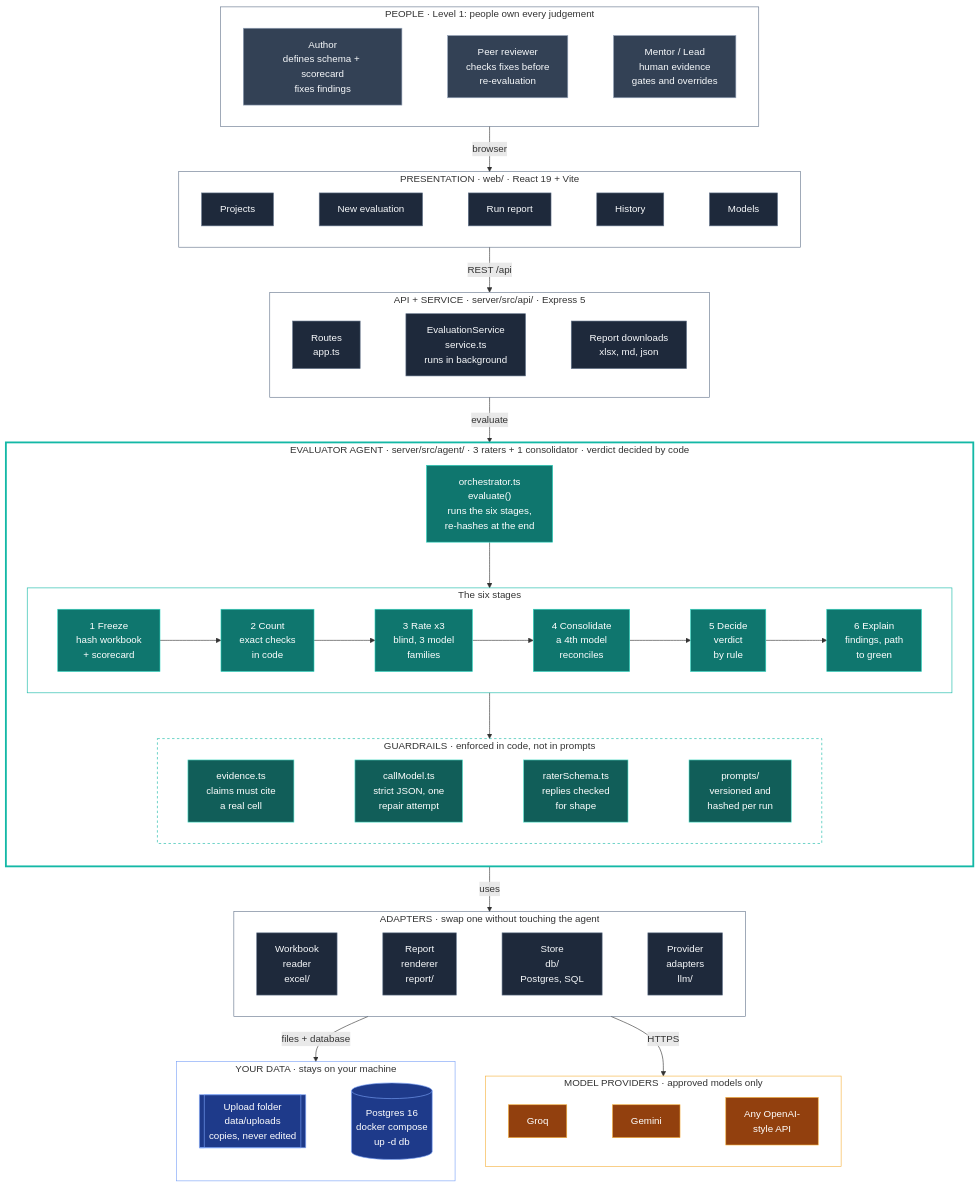
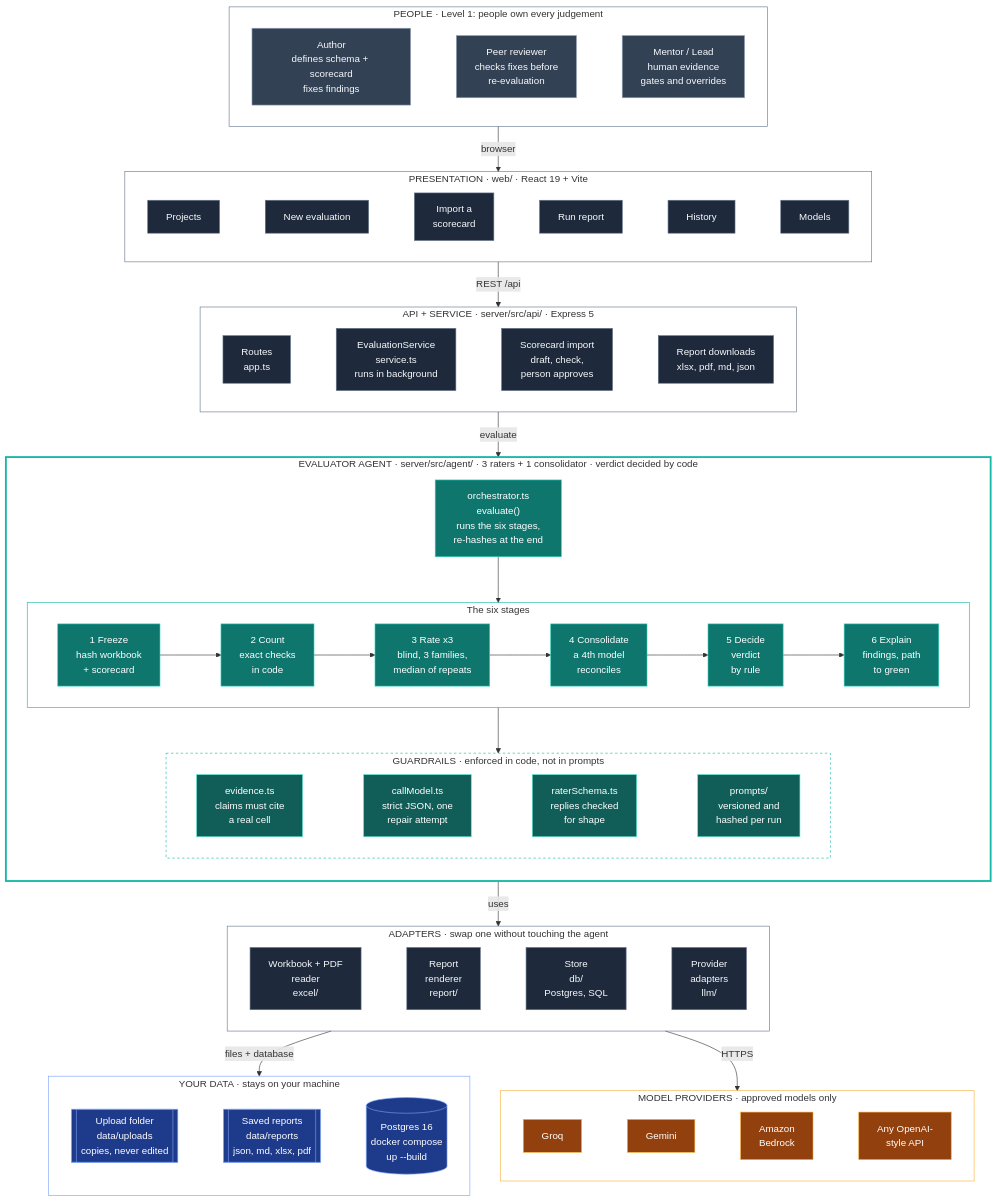
The diagram in README.md (Ishaan488/ddd-evaluator), drawn with Mermaid before and after one commit. The commit also changed other lines of this file and 78 other files, not shown here.

````diff
--- a/README.md
+++ b/README.md
@@ -40,79 +41,79 @@
 ```mermaid
 %% source: docs/diagrams/00-architecture.mmd
 flowchart TB
   subgraph PEOPLE["PEOPLE · Level 1: people own every judgement"]
     direction LR
     AU["Author<br/>defines schema + scorecard<br/>fixes findings"] ~~~ PR["Peer reviewer<br/>checks fixes before<br/>re-evaluation"] ~~~ ME["Mentor / Lead<br/>human evidence<br/>gates and overrides"]
   end
 
   subgraph WEB["PRESENTATION · web/ · React 19 + Vite"]
     direction LR
-    P1["Projects"] ~~~ P2["New evaluation"] ~~~ P3["Run report"] ~~~ P4["History"] ~~~ P5["Models"]
+    P1["Projects"] ~~~ P2["New evaluation"] ~~~ P6["Import a<br/>scorecard"] ~~~ P3["Run report"] ~~~ P4["History"] ~~~ P5["Models"]
   end
 
   subgraph API["API + SERVICE · server/src/api/ · Express 5"]
     direction LR
-    RT["Routes<br/>app.ts"] ~~~ SV["EvaluationService<br/>service.ts<br/>runs in background"] ~~~ DL["Report downloads<br/>xlsx, md, json"]
+    RT["Routes<br/>app.ts"] ~~~ SV["EvaluationService<br/>service.ts<br/>runs in background"] ~~~ SI["Scorecard import<br/>draft, check,<br/>person approves"] ~~~ DL["Report downloads<br/>xlsx, pdf, md, json"]
   end
 
   subgraph AGENT["EVALUATOR AGENT · server/src/agent/ · 3 raters + 1 consolidator · verdict decided by code"]
     direction TB
     ORCH["orchestrator.ts<br/>evaluate()<br/>runs the six stages,<br/>re-hashes at the end"]
 
     subgraph STAGES["The six stages"]
       direction LR
-      S1["1 Freeze<br/>hash workbook<br/>+ scorecard"] --> S2["2 Count<br/>exact checks<br/>in code"] --> S3["3 Rate x3<br/>blind, 3 model<br/>families"] --> S4["4 Consolidate<br/>a 4th model<br/>reconciles"] --> S5["5 Decide<br/>verdict<br/>by rule"] --> S6["6 Explain<br/>findings, path<br/>to green"]
+      S1["1 Freeze<br/>hash workbook<br/>+ scorecard"] --> S2["2 Count<br/>exact checks<br/>in code"] --> S3["3 Rate x3<br/>blind, 3 families,<br/>median of repeats"] --> S4["4 Consolidate<br/>a 4th model<br/>reconciles"] --> S5["5 Decide<br/>verdict<br/>by rule"] --> S6["6 Explain<br/>findings, path<br/>to green"]
     end
 
     subgraph GUARD["GUARDRAILS · enforced in code, not in prompts"]
       direction LR
       G1["evidence.ts<br/>claims must cite<br/>a real cell"] ~~~ G2["callModel.ts<br/>strict JSON, one<br/>repair attempt"] ~~~ G3["raterSchema.ts<br/>replies checked<br/>for shape"] ~~~ G4["prompts/<br/>versioned and<br/>hashed per run"]
     end
 
     ORCH --> STAGES --> GUARD
   end
 
   subgraph ADAPT["ADAPTERS · swap one without touching the agent"]
     direction LR
-    A1["Workbook<br/>reader<br/>excel/"] ~~~ A2["Report<br/>renderer<br/>report/"] ~~~ A3["Store<br/>db/<br/>Postgres, SQL"] ~~~ A4["Provider<br/>adapters<br/>llm/"]
+    A1["Workbook + PDF<br/>reader<br/>excel/"] ~~~ A2["Report<br/>renderer<br/>report/"] ~~~ A3["Store<br/>db/<br/>Postgres, SQL"] ~~~ A4["Provider<br/>adapters<br/>llm/"]
   end
 
   subgraph DATA["YOUR DATA · stays on your machine"]
     direction LR
-    UP[["Upload folder<br/>data/uploads<br/>copies, never edited"]] ~~~ PG[("Postgres 16<br/>docker compose<br/>up -d db")]
+    UP[["Upload folder<br/>data/uploads<br/>copies, never edited"]] ~~~ RP[["Saved reports<br/>data/reports<br/>json, md, xlsx, pdf"]] ~~~ PG[("Postgres 16<br/>docker compose<br/>up --build")]
   end
 
   subgraph MODELS["MODEL PROVIDERS · approved models only"]
     direction LR
-    GQ["Groq"] ~~~ GM["Gemini"] ~~~ OA["Any OpenAI-<br/>style API"]
+    GQ["Groq"] ~~~ GM["Gemini"] ~~~ BR["Amazon<br/>Bedrock"] ~~~ OA["Any OpenAI-<br/>style API"]
   end
 
   PEOPLE -->|browser| WEB
   WEB -->|REST /api| API
   API -->|evaluate| AGENT
   AGENT -->|uses| ADAPT
   ADAPT -->|files + database| DATA
   ADAPT -->|HTTPS| MODELS
 
   classDef person fill:#334155,stroke:#94a3b8,color:#f8fafc
   classDef ui fill:#1e293b,stroke:#64748b,color:#f8fafc
   classDef agent fill:#0f766e,stroke:#2dd4bf,color:#ffffff
   classDef guard fill:#115e59,stroke:#5eead4,color:#ffffff
   classDef store fill:#1e3a8a,stroke:#7aa2f7,color:#ffffff
   classDef ext fill:#92400e,stroke:#f5b13d,color:#ffffff
   class AU,PR,ME person
-  class P1,P2,P3,P4,P5,RT,SV,DL,A1,A2,A3,A4 ui
+  class P1,P2,P6,P3,P4,P5,RT,SV,SI,DL,A1,A2,A3,A4 ui
   class ORCH,S1,S2,S3,S4,S5,S6 agent
   class G1,G2,G3,G4 guard
-  class UP,PG store
-  class GQ,GM,OA ext
+  class UP,RP,PG store
+  class GQ,GM,BR,OA ext
   style AGENT fill:transparent,stroke:#14b8a6,stroke-width:3px
   style STAGES fill:transparent,stroke:#14b8a6
   style GUARD fill:transparent,stroke:#14b8a6,stroke-dasharray:4 4
   style PEOPLE fill:transparent,stroke:#64748b
   style WEB fill:transparent,stroke:#64748b
   style API fill:transparent,stroke:#64748b
   style ADAPT fill:transparent,stroke:#64748b
   style DATA fill:transparent,stroke:#7aa2f7
   style MODELS fill:transparent,stroke:#f5b13d
 ```
````
